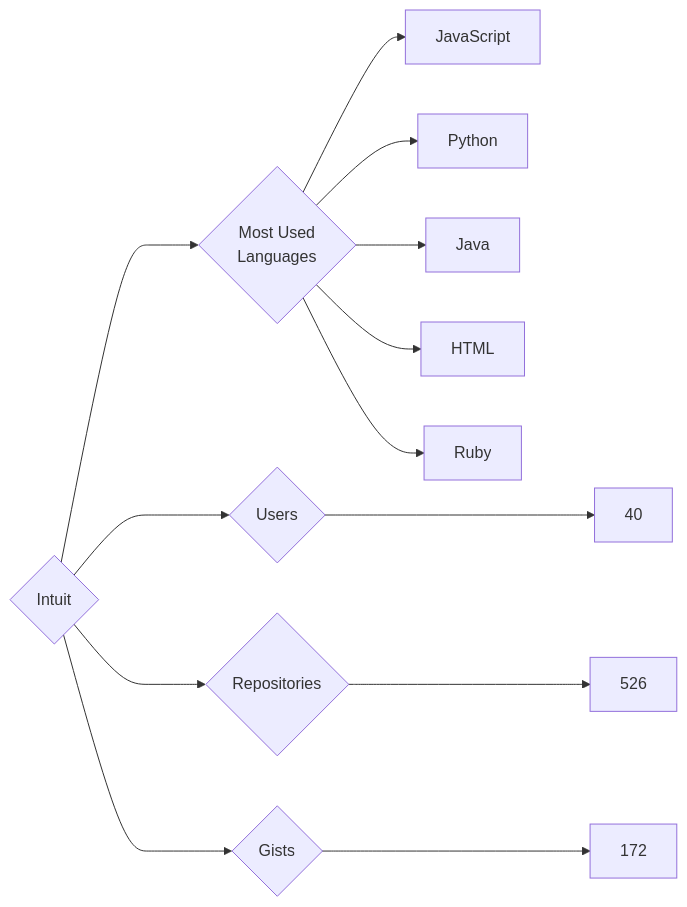
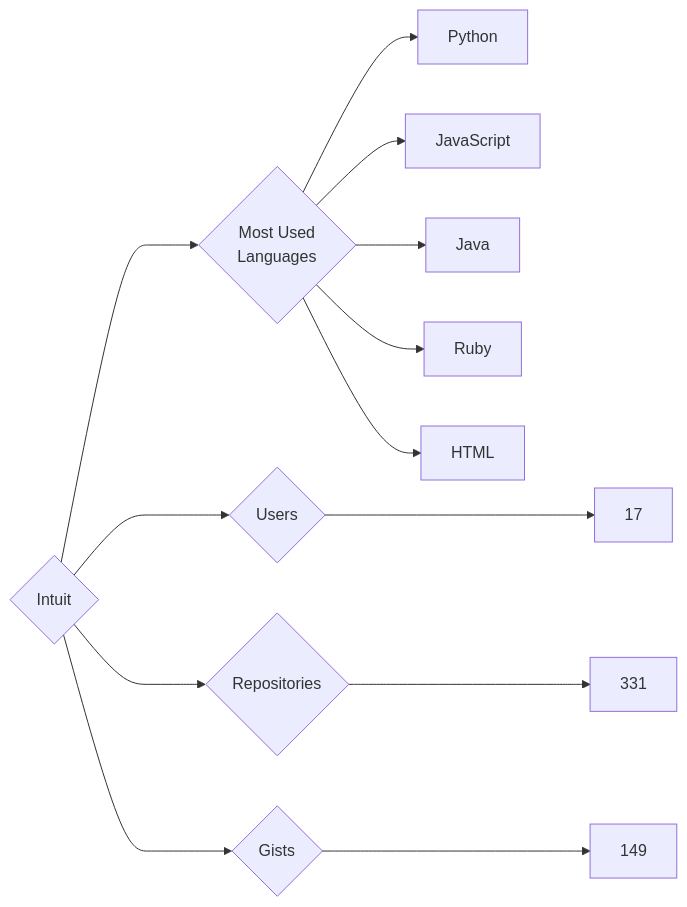
One commit to trickest/insiders changed the diagram in targets/Intuit/README.md. Above: the diagram before and after it, drawn with Mermaid. The commit also changed 823 other files, not shown here.

````diff
--- a/targets/Intuit/README.md
+++ b/targets/Intuit/README.md
@@ -3,13 +3,13 @@
 ```mermaid
 graph LR
 COMPANY_NAME{Intuit}
-COMPANY_NAME ---> U{Users} ---> UN[40]
-COMPANY_NAME ---> R{Repositories} ---> RN[526]
-COMPANY_NAME ---> G{Gists} ---> GN[172]
+COMPANY_NAME ---> U{Users} ---> UN[17]
+COMPANY_NAME ---> R{Repositories} ---> RN[331]
+COMPANY_NAME ---> G{Gists} ---> GN[149]
 COMPANY_NAME ---> ML{Most Used<br>Languages}
+ML --> Python[Python]
 ML --> JavaScript[JavaScript]
-ML --> Python[Python]
 ML --> Java[Java]
+ML --> Ruby[Ruby]
 ML --> HTML[HTML]
-ML --> Ruby[Ruby]
 ```
````
